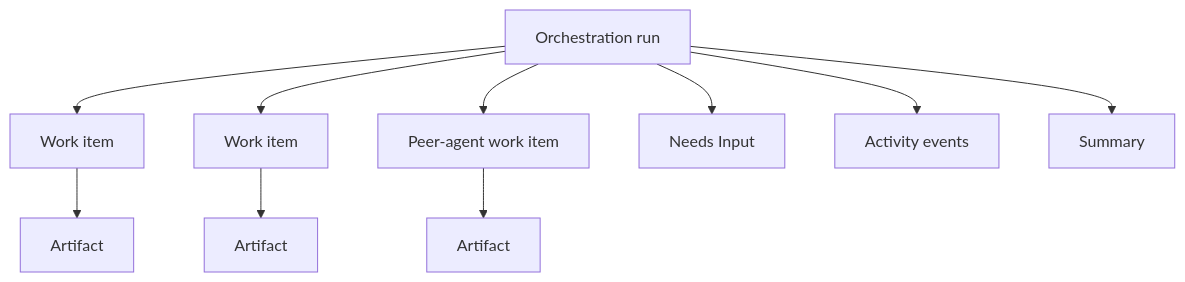
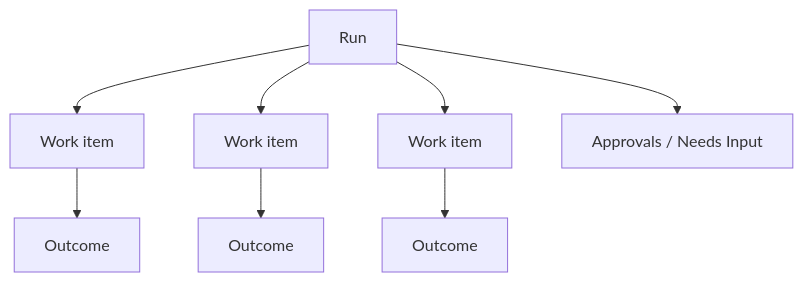
Before and after one commit to cshyang/nochore: the second of 2 diagrams in docs/plans/2026-04-04-coordinated-agent-runtime-architecture.md, drawn with Mermaid. The commit also changed other lines of this file, not shown here.

````diff
--- a/docs/plans/2026-04-04-coordinated-agent-runtime-architecture.md
+++ b/docs/plans/2026-04-04-coordinated-agent-runtime-architecture.md
@@ -410,12 +218,10 @@
 ```mermaid
 flowchart TD
-    R["Orchestration run"] --> W1["Work item"]
+    R["Run"] --> W1["Work item"]
     R --> W2["Work item"]
-    R --> W3["Peer-agent work item"]
-    W1 --> A1["Artifact"]
-    W2 --> A2["Artifact"]
-    W3 --> A3["Artifact"]
-    R --> N["Needs Input"]
-    R --> E["Activity events"]
-    R --> S["Summary"]
+    R --> W3["Work item"]
+    W1 --> O1["Outcome"]
+    W2 --> O2["Outcome"]
+    W3 --> O3["Outcome"]
+    R --> A["Approvals / Needs Input"]
 ```
````
